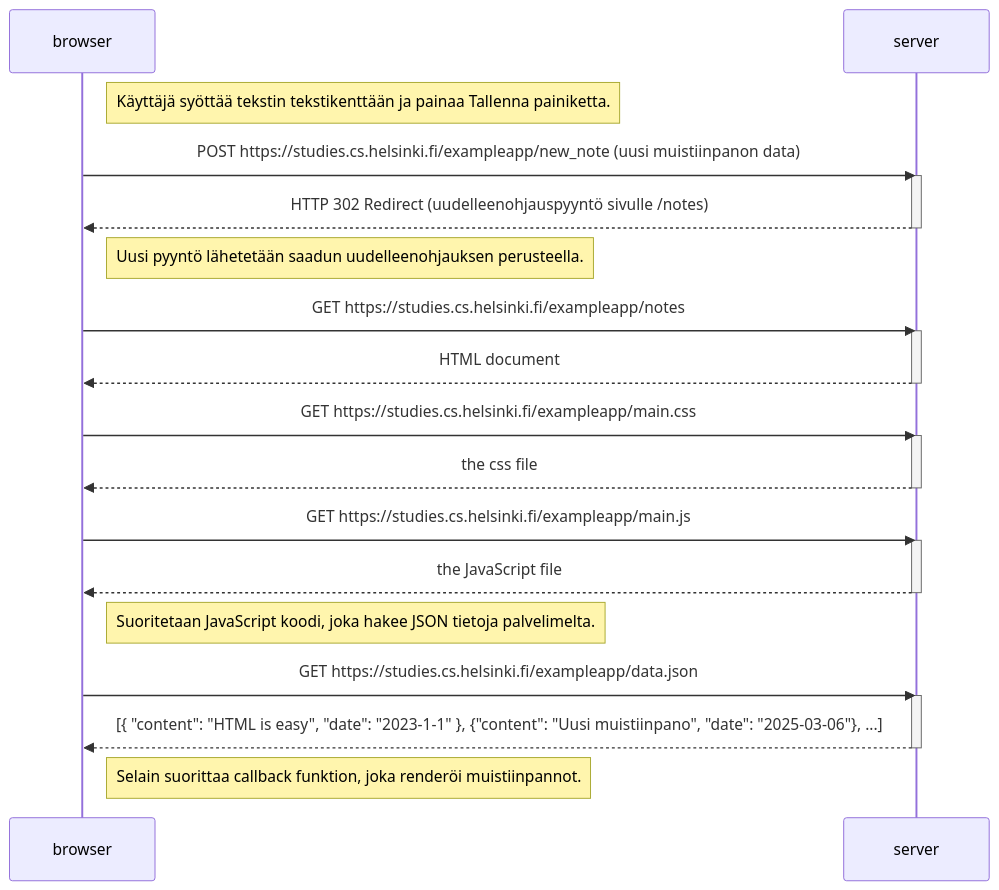
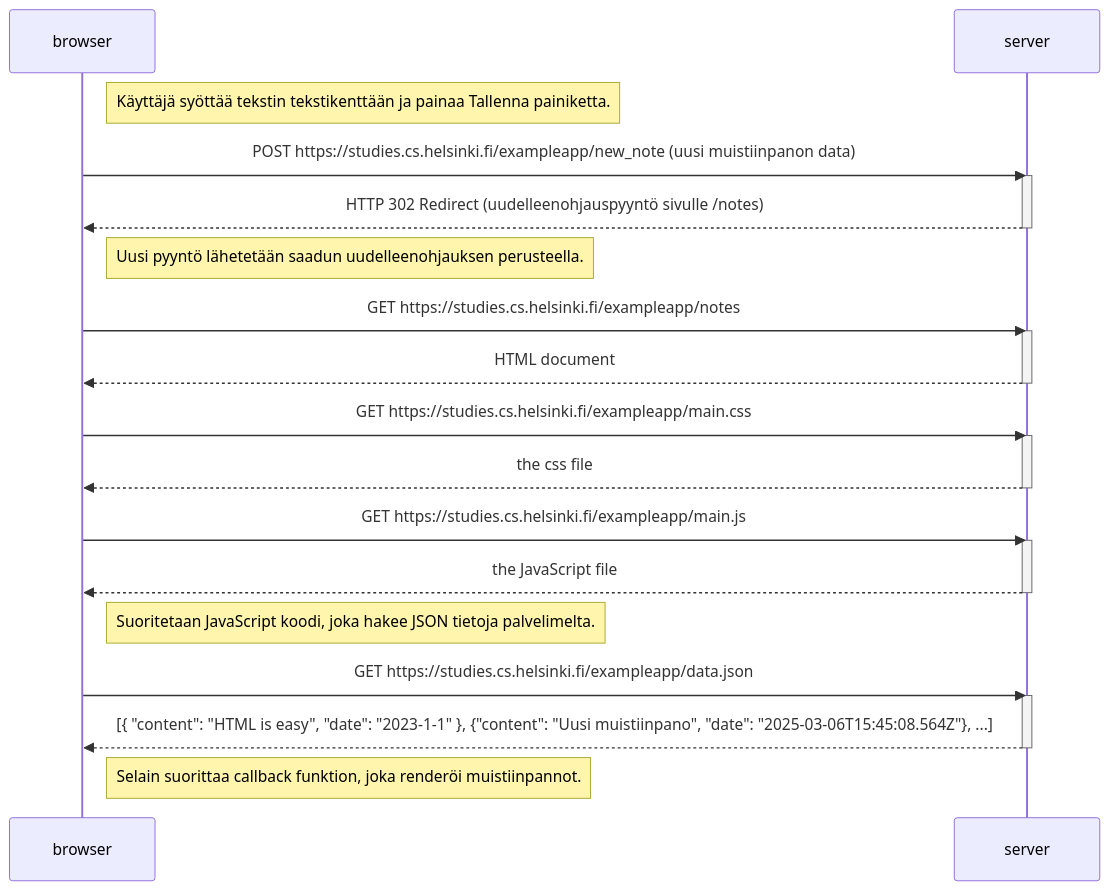
One commit to iSegeD/FullStackOpenPalautukset changed the diagram in osa0/0.4.md. Above: the diagram before and after it, drawn with Mermaid.

Commit message:
Uusi muistiinpano

````diff
--- a/osa0/0.4.md
+++ b/osa0/0.4.md
@@ -1,35 +1,35 @@
 ```mermaid
 sequenceDiagram
 participant browser
 participant server
 
 Note right of browser: Käyttäjä syöttää tekstin tekstikenttään ja painaa Tallenna painiketta.
 browser->>server: POST https://studies.cs.helsinki.fi/exampleapp/new_note (uusi muistiinpanon data)
 activate server
 server-->>browser: HTTP 302 Redirect (uudelleenohjauspyyntö sivulle /notes)
 deactivate server
 
 Note right of browser: Uusi pyyntö lähetetään saadun uudelleenohjauksen perusteella.
 browser->>server: GET https://studies.cs.helsinki.fi/exampleapp/notes
 activate server
 server-->>browser: HTML document
 deactivate server
 
 browser->>server: GET https://studies.cs.helsinki.fi/exampleapp/main.css
 activate server
 server-->>browser: the css file
 deactivate server
 
 browser->>server: GET https://studies.cs.helsinki.fi/exampleapp/main.js
 activate server
 server-->>browser: the JavaScript file
 deactivate server
 
 Note right of browser: Suoritetaan JavaScript koodi, joka hakee JSON tietoja palvelimelta.
 browser->>server: GET https://studies.cs.helsinki.fi/exampleapp/data.json
 activate server
-server-->>browser: [{ "content": "HTML is easy", "date": "2023-1-1" }, {"content": "Uusi muistiinpano", "date": "2025-03-06"}, ...]
+server-->>browser: [{ "content": "HTML is easy", "date": "2023-1-1" }, {"content": "Uusi muistiinpano", "date": "2025-03-06T15:45:08.564Z"}, ...]
 deactivate server
 
 Note right of browser: Selain suorittaa callback funktion, joka renderöi muistiinpannot.
 ```
````
